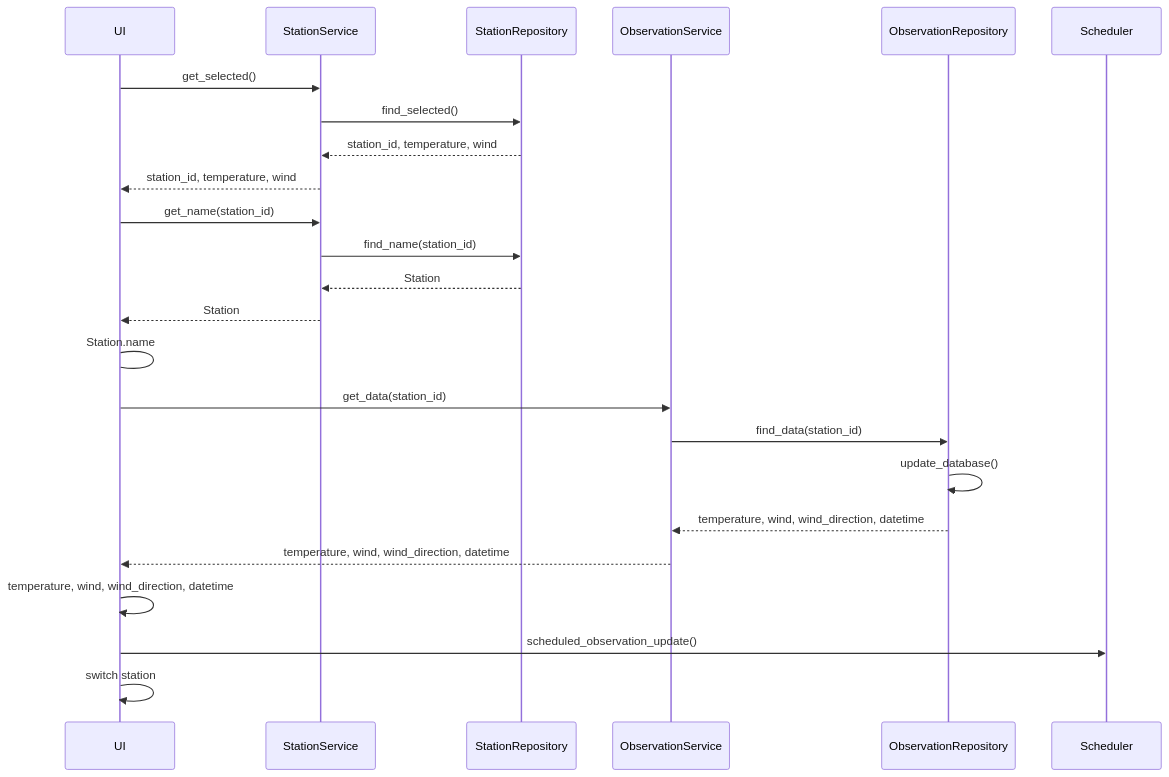
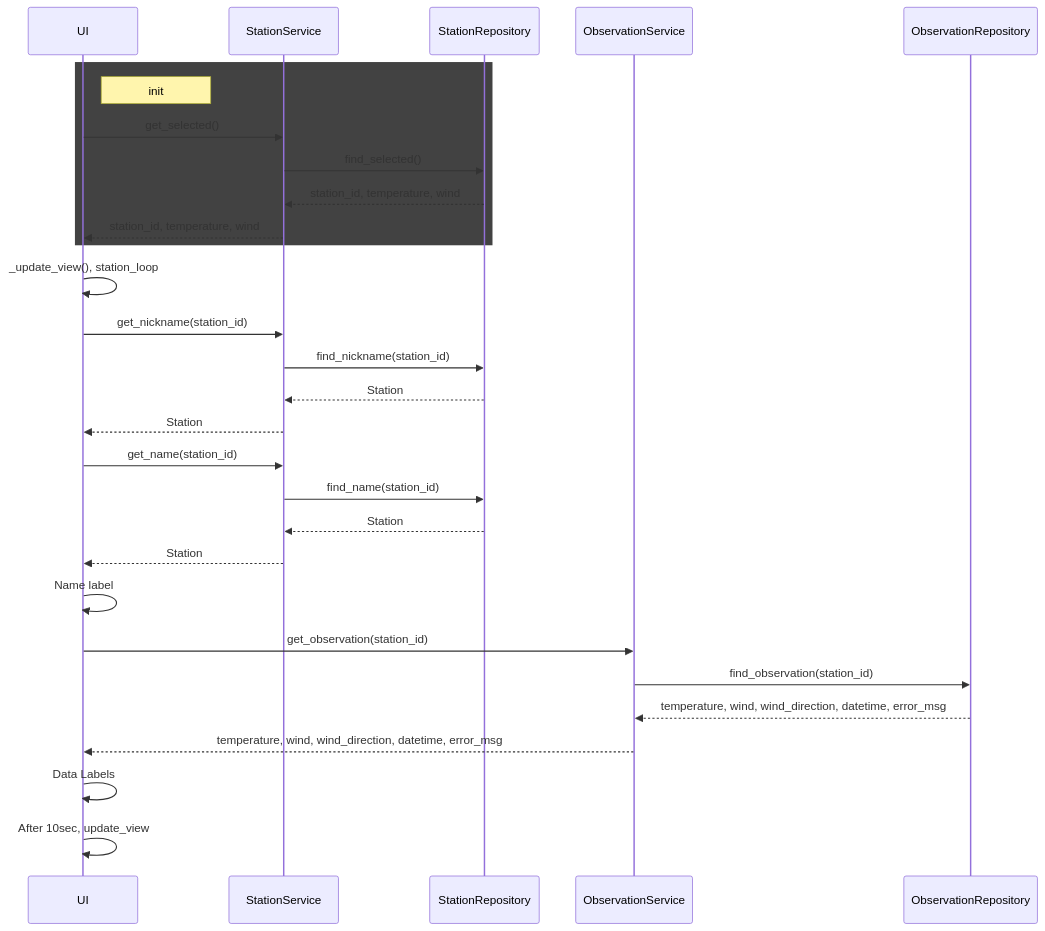
One commit to mcpaulafi/ot-harjoitustyo changed the sixth of 7 diagrams in dokumentaatio/architecture.md. Above: the diagram before and after it, drawn with Mermaid. The commit also changed other lines of this file and 2 other files, not shown here.

````diff
--- a/dokumentaatio/architecture.md
+++ b/dokumentaatio/architecture.md
@@ -171,28 +226,33 @@
 ```mermaid
 sequenceDiagram
     participant UI
     participant StationService
     participant StationRepository
     participant ObservationService
     participant ObservationRepository
-    participant Scheduler
 
+    rect rgb(66, 66, 66)
+    note right of UI: init
     UI->>StationService: get_selected()
     StationService->>StationRepository: find_selected()
     StationRepository-->>StationService: station_id, temperature, wind
     StationService-->>UI: station_id, temperature, wind
+    end
 
+    UI->>UI: _update_view(), station_loop
+    UI->>StationService: get_nickname(station_id)
+    StationService->>StationRepository: find_nickname(station_id)
+    StationRepository-->>StationService: Station
+    StationService-->>UI: Station
     UI->>StationService: get_name(station_id)
     StationService->>StationRepository: find_name(station_id)
     StationRepository-->>StationService: Station
     StationService-->>UI: Station
-    UI->UI: Station.name
-    UI->>ObservationService: get_data(station_id)
-    ObservationService->>ObservationRepository: find_data(station_id)
-    ObservationRepository->>ObservationRepository: update_database()
-    ObservationRepository-->>ObservationService: temperature, wind, wind_direction, datetime
-    ObservationService-->>UI: temperature, wind, wind_direction, datetime
-    UI->>UI: temperature, wind, wind_direction, datetime
-    UI->>Scheduler: scheduled_observation_update()
-    UI->>UI: switch station
+    UI->>UI: Name label
+    UI->>ObservationService: get_observation(station_id)
+    ObservationService->>ObservationRepository: find_observation(station_id)
+    ObservationRepository-->>ObservationService: temperature, wind, wind_direction, datetime, error_msg
+    ObservationService-->>UI: temperature, wind, wind_direction, datetime, error_msg
+    UI->>UI: Data Labels
+    UI->>UI: After 10sec, update_view 
 ```
````
